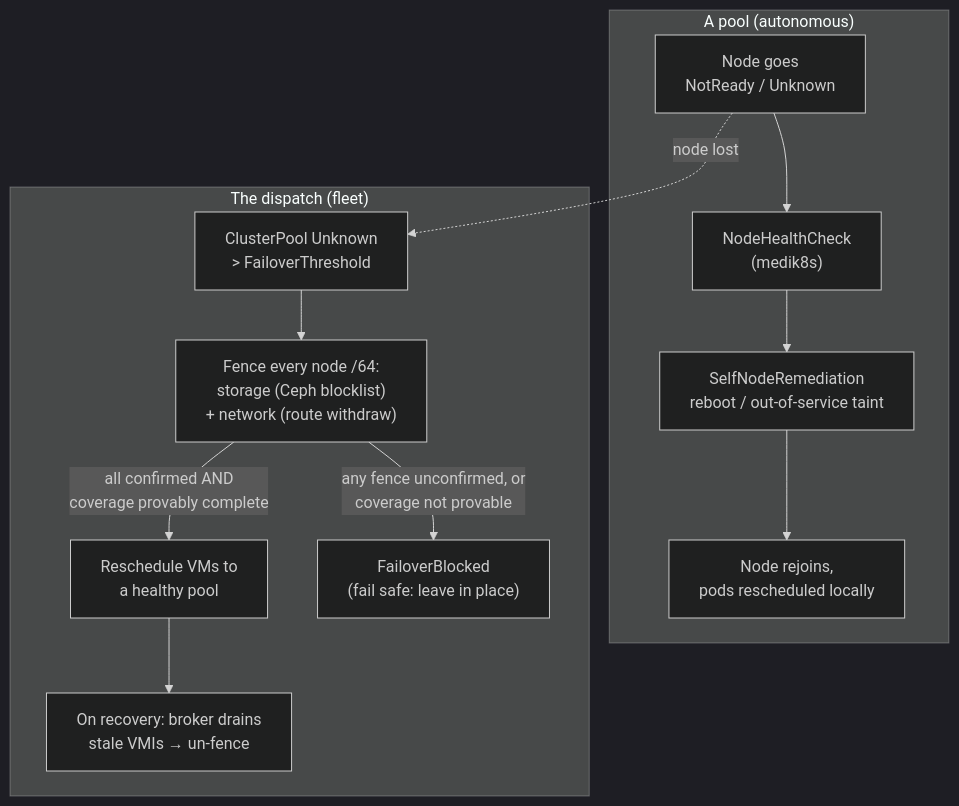
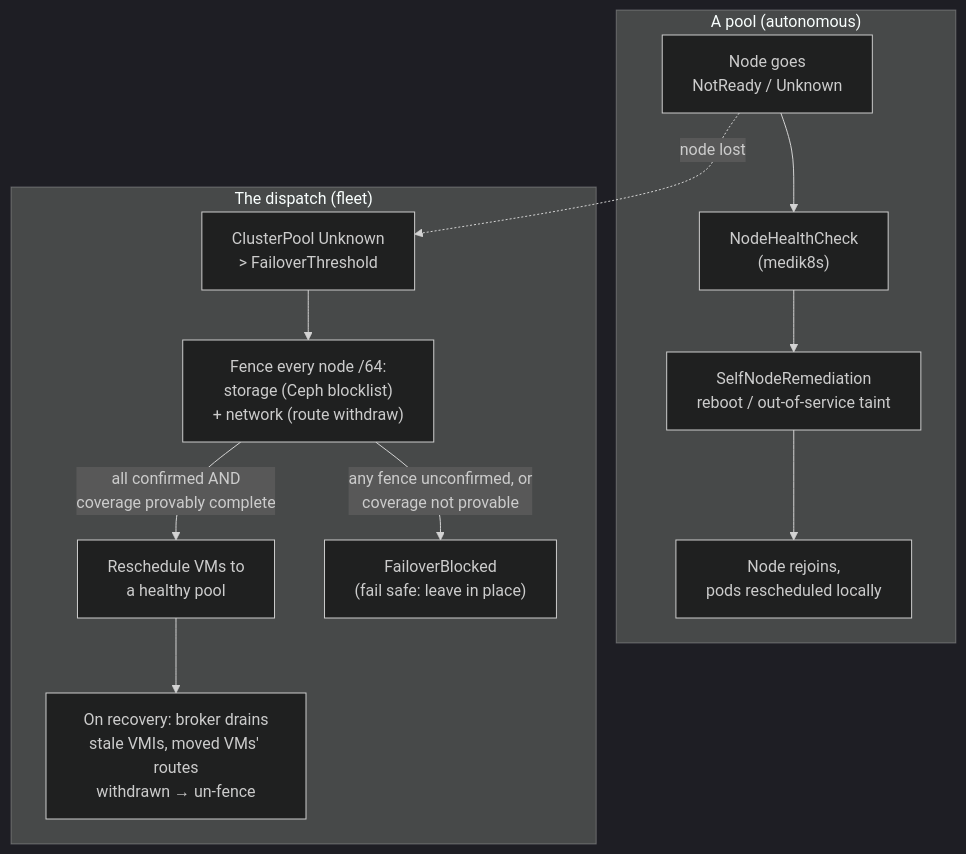
The first of 2 diagrams in docs/architecture/rescheduling-and-failover.md (trevex/ectobase), drawn with Mermaid (dark theme) before and after one commit. The commit also changed other lines of this file and 1 other file, not shown here.

First line of the commit message:
docs: fence release waits for moved VMs' routes

````diff
--- a/docs/architecture/rescheduling-and-failover.md
+++ b/docs/architecture/rescheduling-and-failover.md
@@ -34,19 +34,19 @@
 ```mermaid
 flowchart TD
     subgraph pool["A pool (autonomous)"]
         node["Node goes<br/>NotReady / Unknown"]
         node --> nhc["NodeHealthCheck<br/>(medik8s)"]
         nhc --> snr["SelfNodeRemediation<br/>reboot / out-of-service taint"]
         snr --> healed["Node rejoins,<br/>pods rescheduled locally"]
     end
 
     subgraph dispatch["The dispatch (fleet)"]
         lost["ClusterPool Unknown<br/>&gt; FailoverThreshold"]
         lost --> fence["Fence every node /64:<br/>storage (Ceph blocklist)<br/>+ network (route withdraw)"]
         fence -->|all confirmed AND<br/>coverage provably complete| rebind["Reschedule VMs to<br/>a healthy pool"]
         fence -->|any fence unconfirmed, or<br/>coverage not provable| block["FailoverBlocked<br/>(fail safe: leave in place)"]
-        rebind --> recover["On recovery: broker drains<br/>stale VMIs → un-fence"]
+        rebind --> recover["On recovery: broker drains<br/>stale VMIs, moved VMs' routes<br/>withdrawn → un-fence"]
     end
 
     node -.node lost.-> lost
 ```
````
